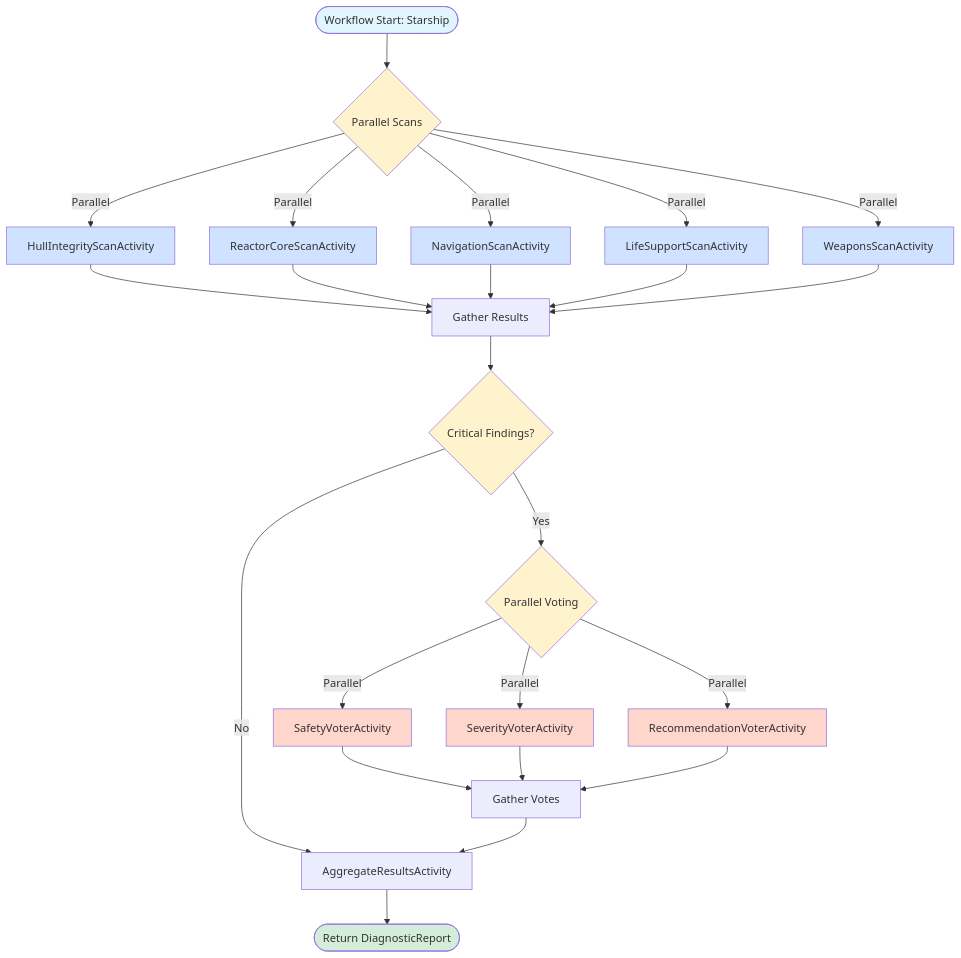
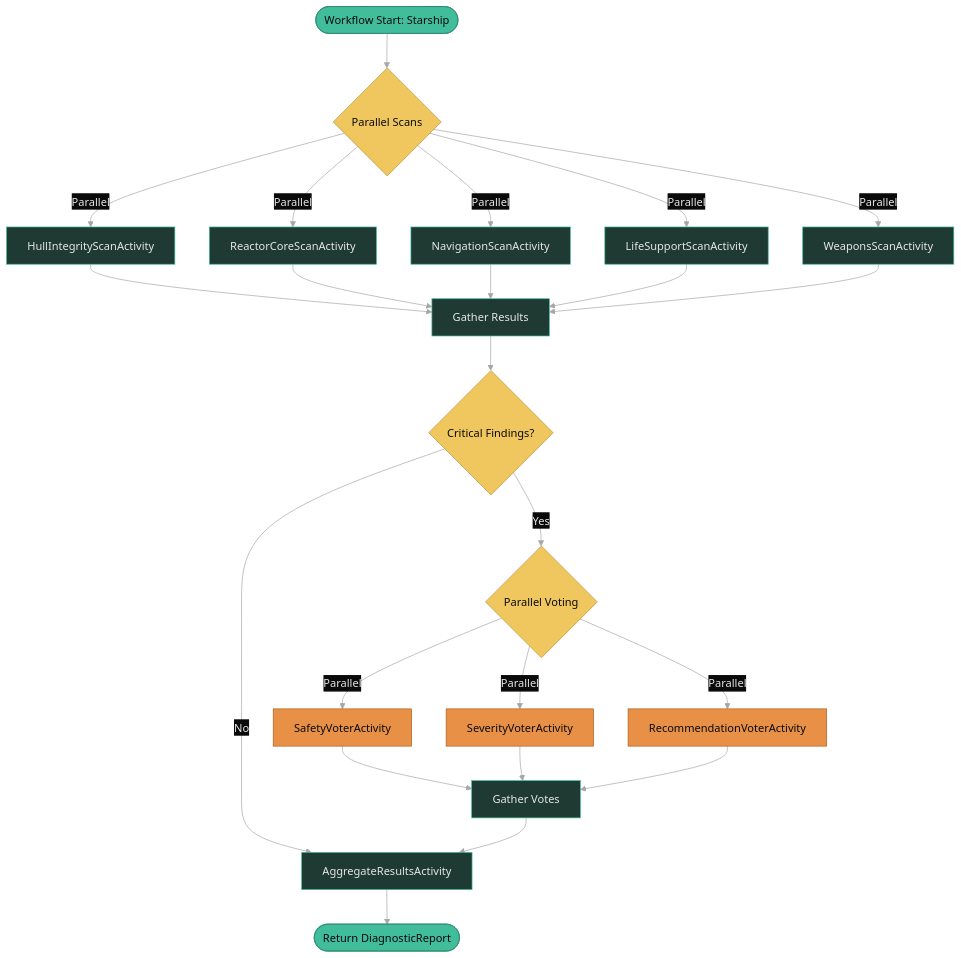
The diagram in .demo/slides/09-parallelization/09-05-demo-diagram.md (diagrid-labs/dapr-reliable-agentic-systems), drawn with Mermaid before and after one commit. The commit also changed 55 other files, not shown here.

````diff
--- a/.demo/slides/09-parallelization/09-05-demo-diagram.md
+++ b/.demo/slides/09-parallelization/09-05-demo-diagram.md
@@ -3,39 +3,40 @@
 ```mermaid
+%%{init: {"theme":"base","themeVariables":{"background":"#0a0a0a","primaryColor":"#1f3a32","primaryTextColor":"#e6e6e6","primaryBorderColor":"#41BD9B","lineColor":"#A6A6A6","secondaryColor":"#111315","tertiaryColor":"#111315","clusterBkg":"#111315","clusterBorder":"#41BD9B","titleColor":"#F0C75E","edgeLabelBackground":"#0a0a0a","noteBkgColor":"#111315","noteTextColor":"#e6e6e6","noteBorderColor":"#41BD9B","actorBkg":"#1f3a32","actorBorder":"#41BD9B","actorTextColor":"#e6e6e6","actorLineColor":"#A6A6A6","signalColor":"#A6A6A6","signalTextColor":"#e6e6e6","labelBoxBkgColor":"#0a0a0a","labelBoxBorderColor":"#41BD9B","labelTextColor":"#e6e6e6","loopTextColor":"#e6e6e6","altSectionBkgColor":"#111315","sectionBkgColor":"#111315","fontFamily":"Geist,sans-serif"}}}%%
 graph TD
     Start([Workflow Start: Starship]) --> Parallel{Parallel Scans}
     Parallel -->|Parallel| S1[HullIntegrityScanActivity]
     Parallel -->|Parallel| S2[ReactorCoreScanActivity]
     Parallel -->|Parallel| S3[NavigationScanActivity]
     Parallel -->|Parallel| S4[LifeSupportScanActivity]
     Parallel -->|Parallel| S5[WeaponsScanActivity]
     S1 --> Gather[Gather Results]
     S2 --> Gather
     S3 --> Gather
     S4 --> Gather
     S5 --> Gather
     Gather --> Gate{Critical Findings?}
     Gate -->|Yes| Vote{Parallel Voting}
     Gate -->|No| Aggregate[AggregateResultsActivity]
     Vote -->|Parallel| V1[SafetyVoterActivity]
     Vote -->|Parallel| V2[SeverityVoterActivity]
     Vote -->|Parallel| V3[RecommendationVoterActivity]
     V1 --> GatherVotes[Gather Votes]
     V2 --> GatherVotes
     V3 --> GatherVotes
     GatherVotes --> Aggregate
     Aggregate --> End([Return DiagnosticReport])
     
-    style Start fill:#e1f5ff
-    style End fill:#d4edda
-    style Parallel fill:#fff3cd
-    style Gate fill:#fff3cd
-    style Vote fill:#fff3cd
-    style S1 fill:#cfe2ff
-    style S2 fill:#cfe2ff
-    style S3 fill:#cfe2ff
-    style S4 fill:#cfe2ff
-    style S5 fill:#cfe2ff
-    style V1 fill:#ffd6cc
-    style V2 fill:#ffd6cc
-    style V3 fill:#ffd6cc
+    style Start fill:#41BD9B,stroke:#2d8a70,color:#0a0a0a
+    style End fill:#41BD9B,stroke:#2d8a70,color:#0a0a0a
+    style Parallel fill:#F0C75E,stroke:#b8943f,color:#0a0a0a
+    style Gate fill:#F0C75E,stroke:#b8943f,color:#0a0a0a
+    style Vote fill:#F0C75E,stroke:#b8943f,color:#0a0a0a
+    style S1 fill:#1f3a32,stroke:#41BD9B,color:#e6e6e6
+    style S2 fill:#1f3a32,stroke:#41BD9B,color:#e6e6e6
+    style S3 fill:#1f3a32,stroke:#41BD9B,color:#e6e6e6
+    style S4 fill:#1f3a32,stroke:#41BD9B,color:#e6e6e6
+    style S5 fill:#1f3a32,stroke:#41BD9B,color:#e6e6e6
+    style V1 fill:#E89146,stroke:#a85f1f,color:#0a0a0a
+    style V2 fill:#E89146,stroke:#a85f1f,color:#0a0a0a
+    style V3 fill:#E89146,stroke:#a85f1f,color:#0a0a0a
 ```
````
